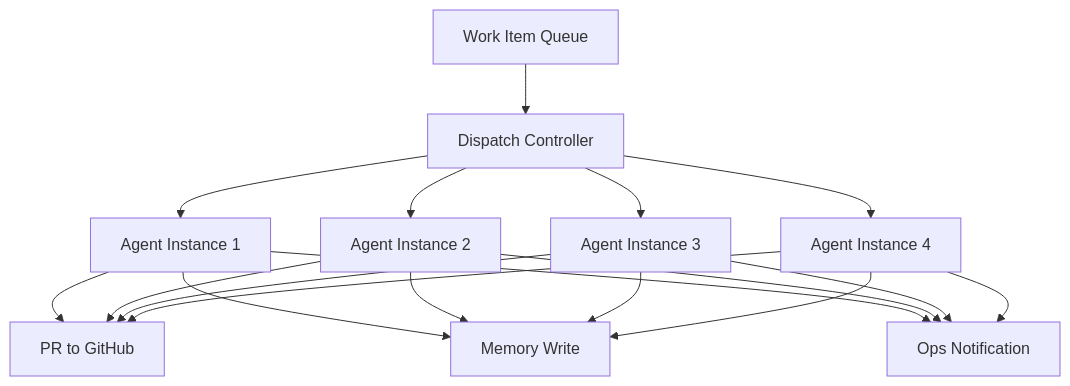
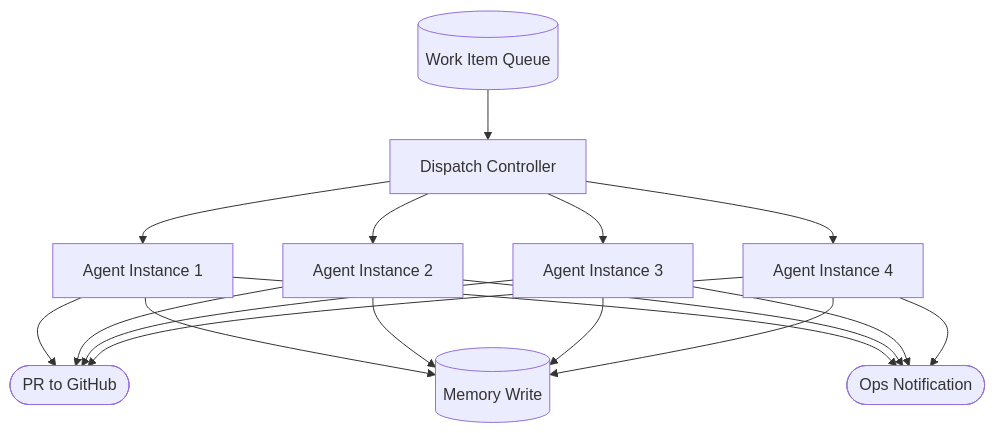
Before and after one commit to CyberdaemonAI/cyberdaemon-site: the first of 3 diagrams in src/content/build-logs/b0b-methodology.mdx, drawn with Mermaid. The commit also changed other lines of this file and 23 other files, not shown here.

First line of the commit message:
style(diagrams): retrofit all mermaid diagrams to flowchart syntax site-wide

````diff
--- a/src/content/build-logs/b0b-methodology.mdx
+++ b/src/content/build-logs/b0b-methodology.mdx
@@ -62,20 +62,14 @@
 ```mermaid
-graph TD
-    A[Work Item Queue] --> B[Dispatch Controller]
-    B --> C[Agent Instance 1]
-    B --> D[Agent Instance 2]
-    B --> E[Agent Instance 3]
-    B --> F[Agent Instance 4]
-    C --> G[PR to GitHub]
-    D --> G
-    E --> G
-    F --> G
-    C --> H[Memory Write]
-    D --> H
-    E --> H
-    F --> H
-    C --> I[Ops Notification]
-    D --> I
-    E --> I
-    F --> I
+flowchart TD
+    A[(Work Item Queue)] --> B[Dispatch Controller]
+    B --> C & D & E & F
+
+    C[Agent Instance 1]
+    D[Agent Instance 2]
+    E[Agent Instance 3]
+    F[Agent Instance 4]
+
+    C & D & E & F --> G([PR to GitHub])
+    C & D & E & F --> H[(Memory Write)]
+    C & D & E & F --> I([Ops Notification])
 ```
````
